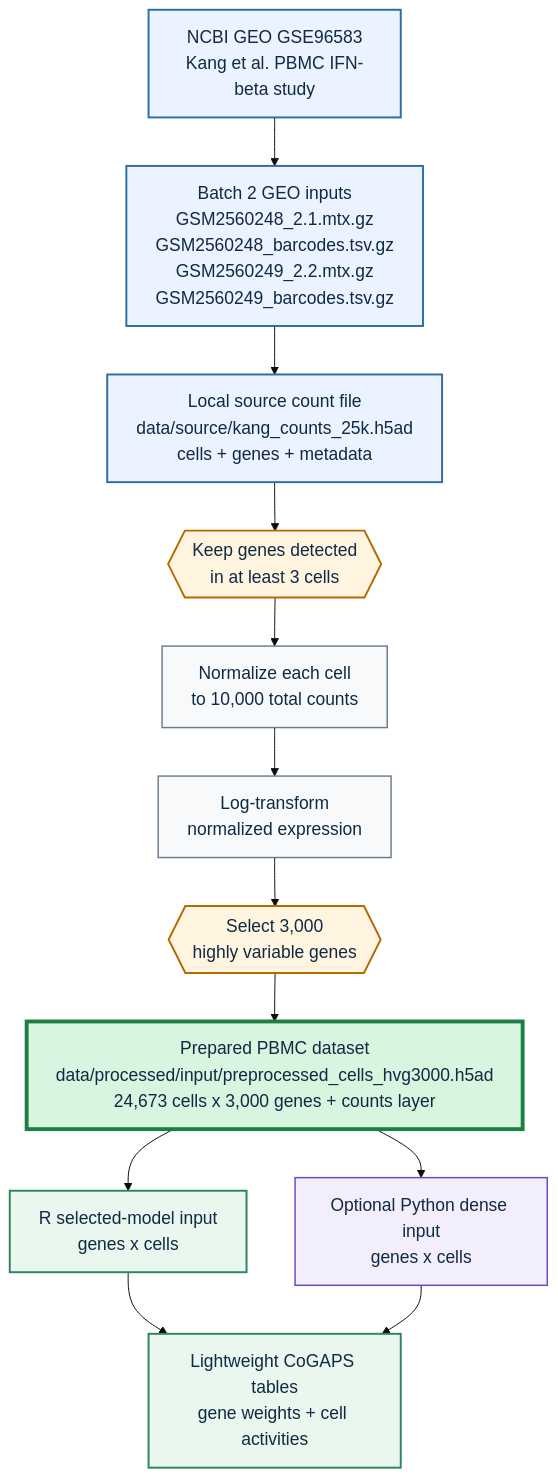
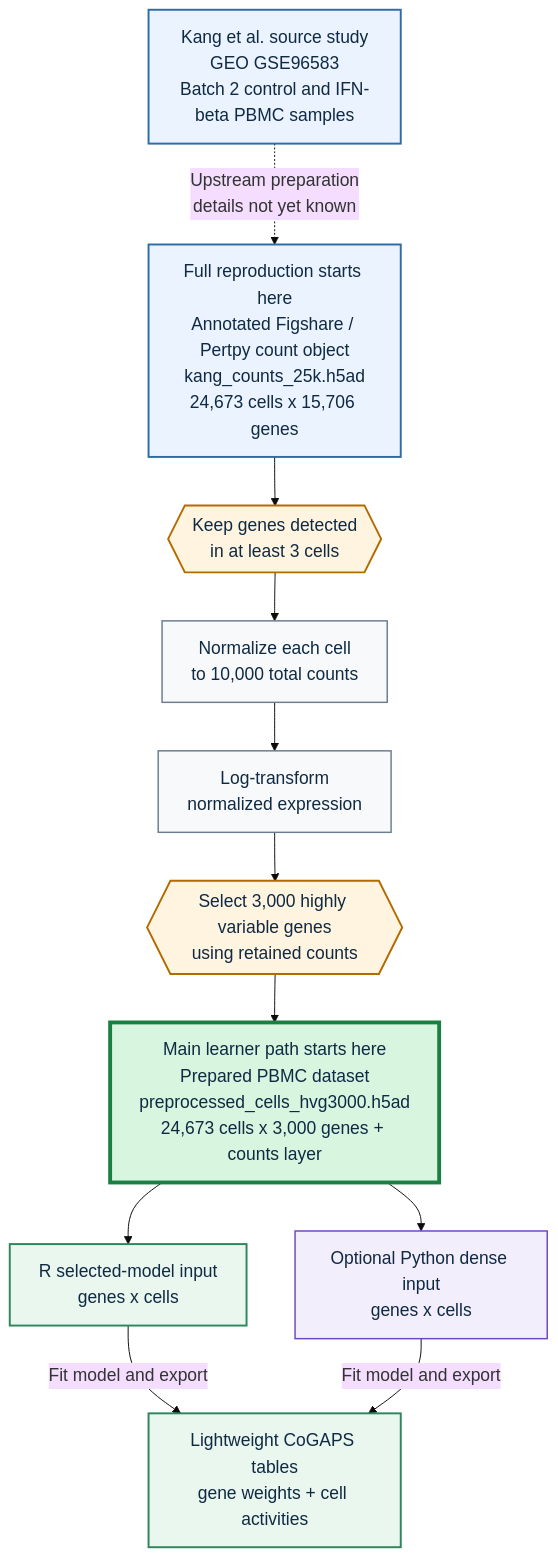
The diagram in _data_wrangling.qmd (opencasestudies/ocs-bio-latent-variable), drawn with Mermaid before and after one commit. The commit also changed other lines of this file and 51 other files, not shown here.

````diff
--- a/_data_wrangling.qmd
+++ b/_data_wrangling.qmd
@@ -25,25 +25,28 @@
 ```{mermaid}
 %%{init: {"theme": "base", "themeVariables": {"fontSize": "18px"}} }%%
 flowchart TB
+  accTitle: Source history and local PBMC preprocessing
+  accDescr: The Kang study and GEO record connect by a dashed arrow to an annotated Figshare and Pertpy object because upstream preparation details remain unresolved. Full reproduction starts with that object. Local gene filtering, normalization, log transformation, and count-based variable-gene selection produce the prepared dataset where the main learner path begins. Donor labels, cell types, and PCA and UMAP coordinates are inherited, not inferred by these steps.
   classDef source fill:#eaf3ff,stroke:#2d6da3,stroke-width:2px,color:#102a43
   classDef process fill:#f7f9fb,stroke:#6b7c8f,stroke-width:1.5px,color:#102a43
   classDef decision fill:#fff4df,stroke:#b36b00,stroke-width:2px,color:#102a43
   classDef output fill:#e9f7ef,stroke:#2f855a,stroke-width:2px,color:#102a43
   classDef prepared fill:#d7f5df,stroke:#1b7f43,stroke-width:4px,color:#102a43
   classDef optional fill:#f3eefc,stroke:#6b46c1,stroke-width:1.5px,color:#102a43
 
-  A["NCBI GEO GSE96583<br/>Kang et al. PBMC IFN-beta study"]:::source
-  B["Batch 2 GEO inputs<br/>GSM2560248_2.1.mtx.gz<br/>GSM2560248_barcodes.tsv.gz<br/>GSM2560249_2.2.mtx.gz<br/>GSM2560249_barcodes.tsv.gz"]:::source
-  C["Local source count file<br/>data/source/kang_counts_25k.h5ad<br/>cells + genes + metadata"]:::source
+  A["Kang et al. source study<br/>GEO GSE96583<br/>Batch 2 control and IFN-beta PBMC samples"]:::source
+  C["Full reproduction starts here<br/>Annotated Figshare / Pertpy count object<br/>kang_counts_25k.h5ad<br/>24,673 cells x 15,706 genes"]:::source
   D{{"Keep genes detected<br/>in at least 3 cells"}}:::decision
   E["Normalize each cell<br/>to 10,000 total counts"]:::process
   F["Log-transform<br/>normalized expression"]:::process
-  G{{"Select 3,000<br/>highly variable genes"}}:::decision
-  H["Prepared PBMC dataset<br/>data/processed/input/preprocessed_cells_hvg3000.h5ad<br/>24,673 cells x 3,000 genes + counts layer"]:::prepared
+  G{{"Select 3,000 highly variable genes<br/>using retained counts"}}:::decision
+  H["Main learner path starts here<br/>Prepared PBMC dataset<br/>preprocessed_cells_hvg3000.h5ad<br/>24,673 cells x 3,000 genes + counts layer"]:::prepared
   I["R selected-model input<br/>genes x cells"]:::output
   J["Optional Python dense input<br/>genes x cells"]:::optional
   K["Lightweight CoGAPS tables<br/>gene weights + cell activities"]:::output
 
-  A --> B --> C --> D --> E --> F --> G --> H --> I --> K
-  H --> J --> K
+  A -.->|"Upstream preparation<br/>details not yet known"| C
+  C --> D --> E --> F --> G --> H
+  H --> I -->|"Fit model and export"| K
+  H --> J -->|"Fit model and export"| K
 ```
````
